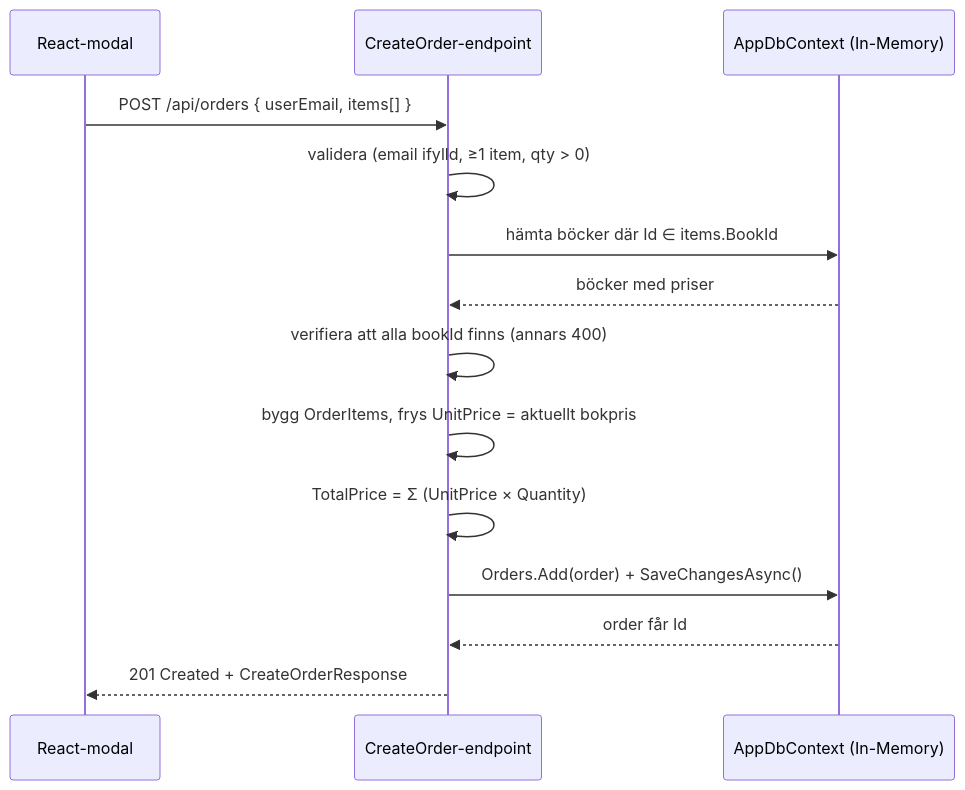
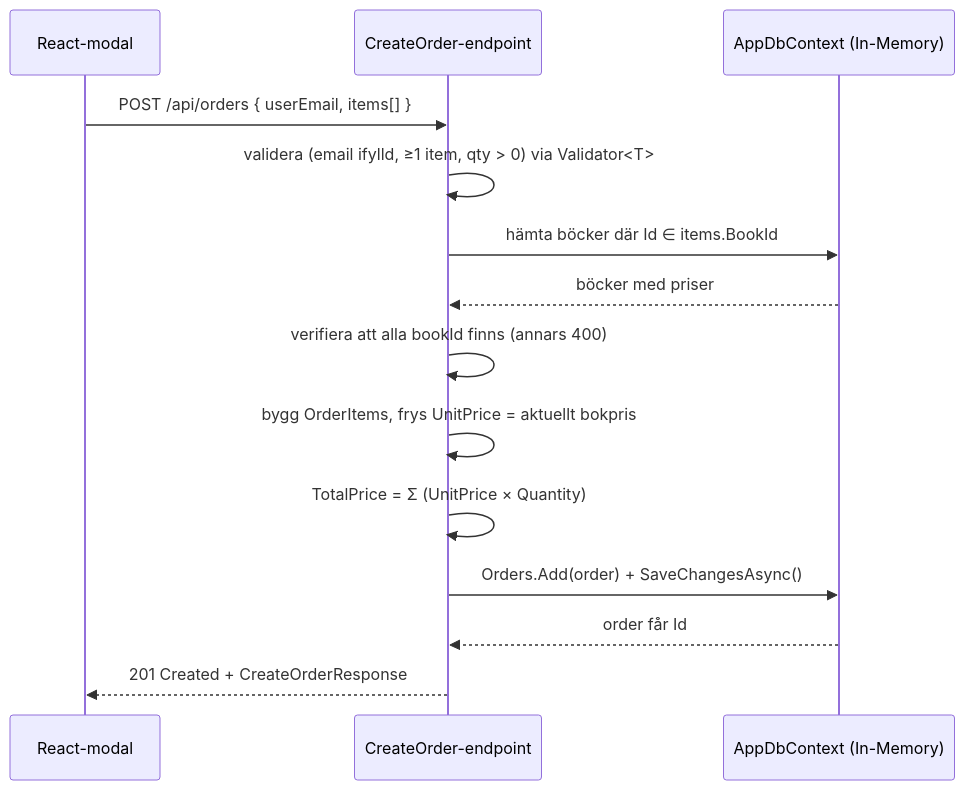
The second of 2 diagrams in .github/masterplan.md (jamhuss/bookstore-vertical), drawn with Mermaid before and after one commit. The commit also changed other lines of this file and 19 other files, not shown here.

````diff
--- a/.github/masterplan.md
+++ b/.github/masterplan.md
@@ -64,17 +62,17 @@
 ```mermaid
 sequenceDiagram
     participant K as React-modal
     participant E as CreateOrder-endpoint
     participant DB as AppDbContext (In-Memory)
 
     K->>E: POST /api/orders { userEmail, items[] }
-    E->>E: validera (email ifylld, ≥1 item, qty > 0)
+    E->>E: validera (email ifylld, ≥1 item, qty > 0) via Validator<T>
     E->>DB: hämta böcker där Id ∈ items.BookId
     DB-->>E: böcker med priser
     E->>E: verifiera att alla bookId finns (annars 400)
     E->>E: bygg OrderItems, frys UnitPrice = aktuellt bokpris
     E->>E: TotalPrice = Σ (UnitPrice × Quantity)
     E->>DB: Orders.Add(order) + SaveChangesAsync()
     DB-->>E: order får Id
     E-->>K: 201 Created + CreateOrderResponse
 ```
````
